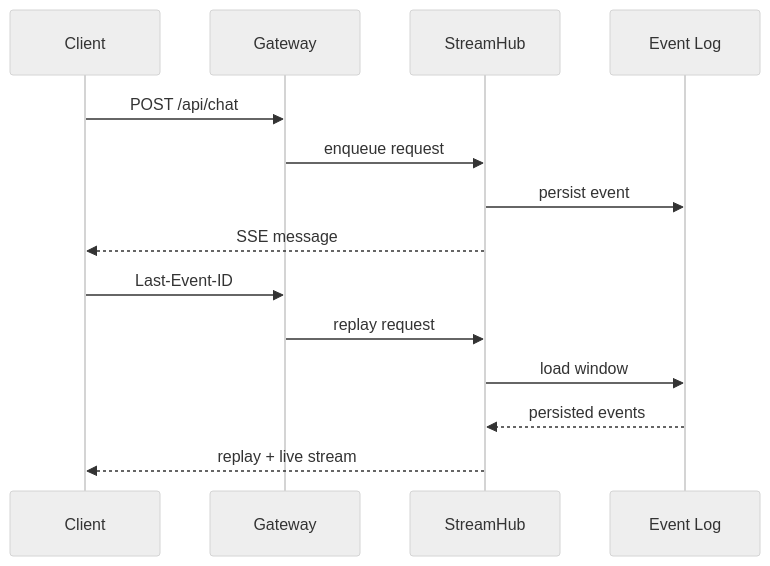
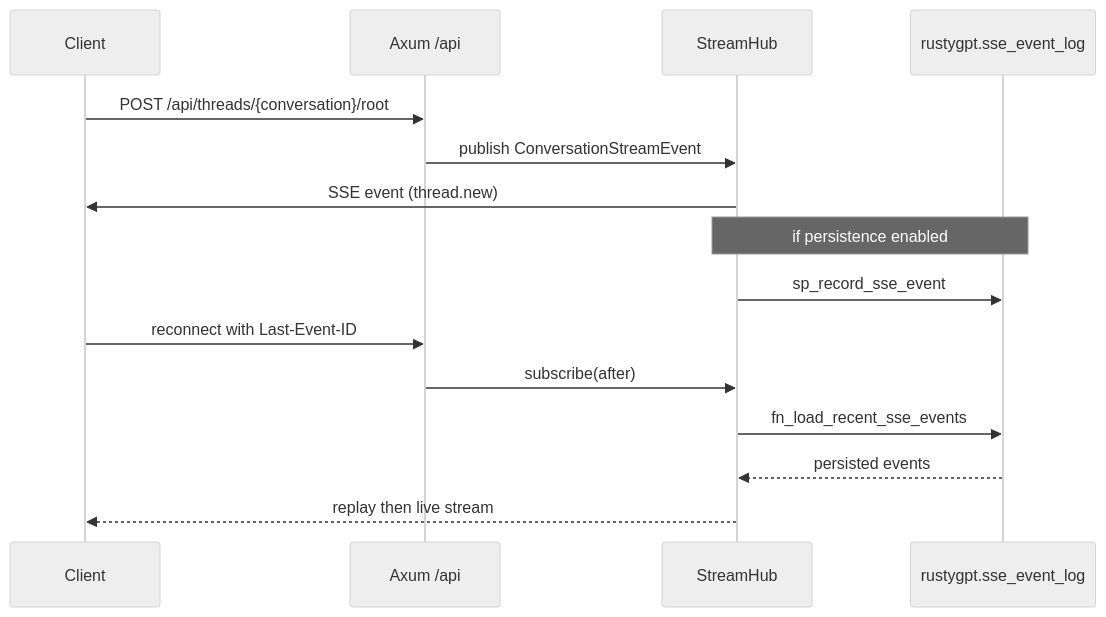
One commit to VannaDii/RustyGPT changed the diagram in docs/_snippets/diagrams/sse-flow.mmd. Above: the diagram before and after it, drawn with Mermaid (neutral theme). The commit also changed 23 other files, not shown here.

````diff
--- a/docs/_snippets/diagrams/sse-flow.mmd
+++ b/docs/_snippets/diagrams/sse-flow.mmd
@@ -1,16 +1,18 @@
 ```mermaid
 sequenceDiagram
-  participant C as Client
-  participant GW as Gateway
-  participant HUB as StreamHub
-  participant DB as Event Log
-  C->>GW: POST /api/chat
-  GW->>HUB: enqueue request
-  HUB->>DB: persist event
-  HUB-->>C: SSE message
-  C->>GW: Last-Event-ID
-  GW->>HUB: replay request
-  HUB->>DB: load window
-  DB-->>HUB: persisted events
-  HUB-->>C: replay + live stream
+  participant Client
+  participant API as Axum /api
+  participant Hub as StreamHub
+  participant DB as rustygpt.sse_event_log
+
+  Client->>API: POST /api/threads/{conversation}/root
+  API->>Hub: publish ConversationStreamEvent
+  Hub->>Client: SSE event (thread.new)
+  Note over Hub,DB: if persistence enabled
+  Hub->>DB: sp_record_sse_event
+  Client->>API: reconnect with Last-Event-ID
+  API->>Hub: subscribe(after)
+  Hub->>DB: fn_load_recent_sse_events
+  DB-->>Hub: persisted events
+  Hub-->>Client: replay then live stream
 ```
````
